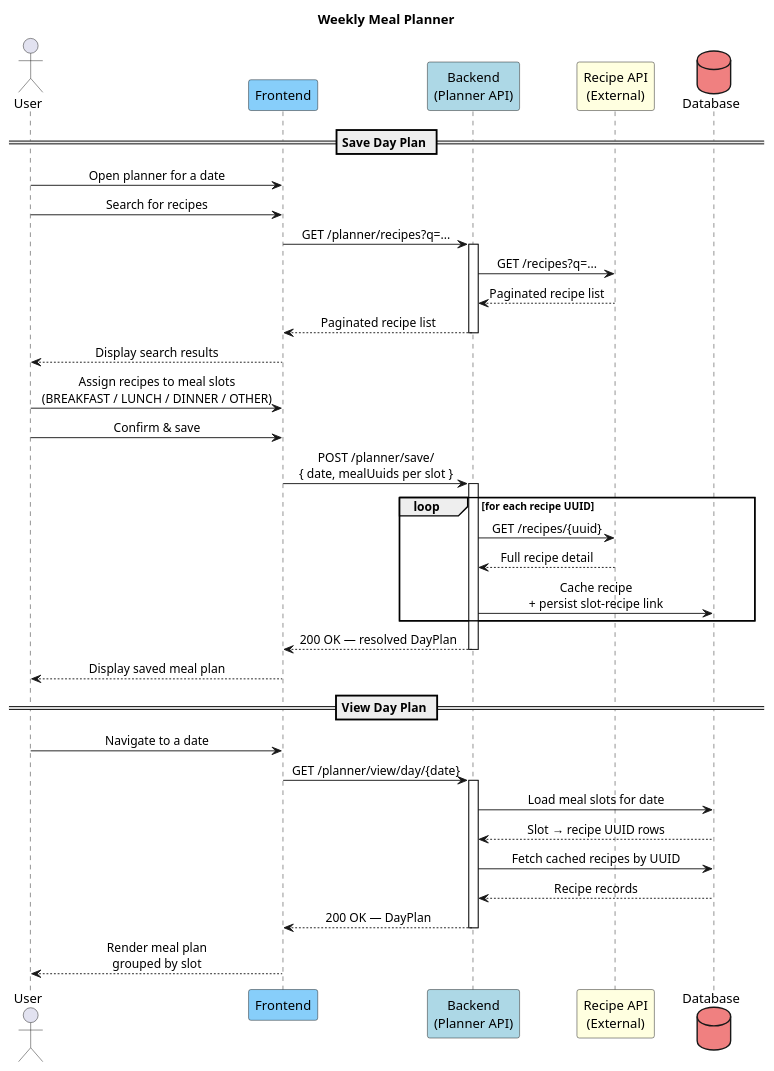
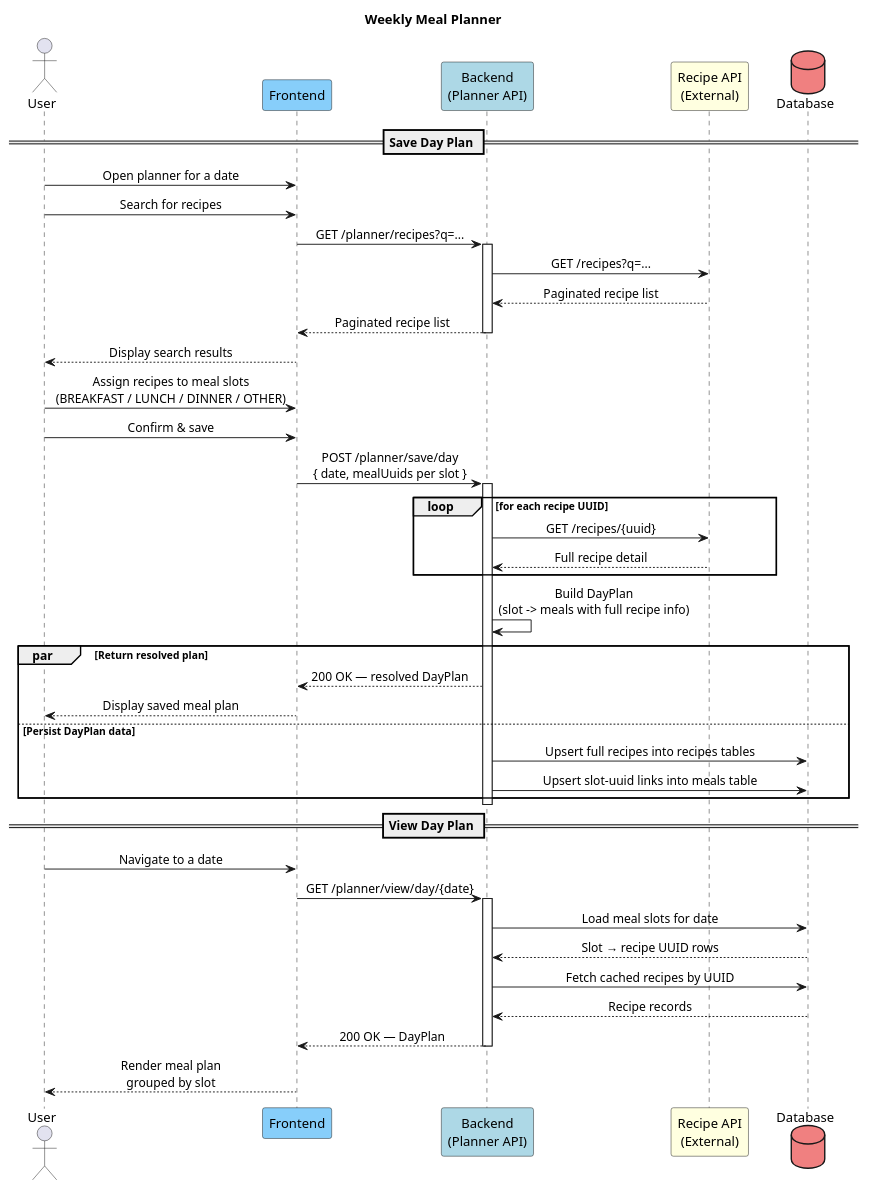
The diagram in docs/sequence-diagram.puml (jg2002-j/dat5007), drawn with PlantUML before and after one commit. The commit also changed 10 other files, not shown here.

Commit message:
Implement meal planning feature with PostgreSQL integration and recipe API support

```diff
--- a/docs/sequence-diagram.puml
+++ b/docs/sequence-diagram.puml
@@ -1,70 +1,76 @@
 @startuml
 
 title Weekly Meal Planner
 
 skinparam sequenceMessageAlign center
 skinparam responseMessageBelowArrow true
 skinparam ParticipantPadding 20
 skinparam BoxPadding 10
 
 actor       User       as user
 participant Frontend   as fe    #LightSkyBlue
 participant "Backend\n(Planner API)" as be  #LightBlue
 participant "Recipe API\n(External)" as ext #LightYellow
 database    Database   as db                #LightCoral
 
 ' ─────────────────────────────────────────────
 ' FLOW 1 — Save Day Plan
 ' ─────────────────────────────────────────────
 == Save Day Plan ==
 
 user -> fe  : Open planner for a date
 user -> fe  : Search for recipes
 
 fe  -> be   : GET /planner/recipes?q=...
 activate be
 be  -> ext  : GET /recipes?q=...
 ext --> be  : Paginated recipe list
 be  --> fe  : Paginated recipe list
 deactivate be
 
 fe  --> user : Display search results
 
 user -> fe  : Assign recipes to meal slots\n(BREAKFAST / LUNCH / DINNER / OTHER)
 user -> fe  : Confirm & save
 
-fe  -> be   : POST /planner/save/\n{ date, mealUuids per slot }
+fe  -> be   : POST /planner/save/day\n{ date, mealUuids per slot }
 activate be
 
 loop for each recipe UUID
     be  -> ext  : GET /recipes/{uuid}
     ext --> be  : Full recipe detail
-    be  -> db   : Cache recipe\n+ persist slot–recipe link
 end
 
-be  --> fe  : 200 OK — resolved DayPlan
+be  -> be   : Build DayPlan\n(slot -> meals with full recipe info)
+
+par Return resolved plan
+    be  --> fe  : 200 OK — resolved DayPlan
+    fe  --> user : Display saved meal plan
+else Persist DayPlan data
+    be  -> db   : Upsert full recipes into recipes tables
+    be  -> db   : Upsert slot-uuid links into meals table
+end
+
 deactivate be
-
-fe  --> user : Display saved meal plan
 
 ' ─────────────────────────────────────────────
 ' FLOW 2 — View Day Plan
 ' ─────────────────────────────────────────────
 == View Day Plan ==
 
 user -> fe  : Navigate to a date
 fe  -> be   : GET /planner/view/day/{date}
 activate be
 
 be  -> db   : Load meal slots for date
 db  --> be  : Slot → recipe UUID rows
 
 be  -> db   : Fetch cached recipes by UUID
 db  --> be  : Recipe records
 
 be  --> fe  : 200 OK — DayPlan
 deactivate be
 
 fe  --> user : Render meal plan\ngrouped by slot
 
 @enduml
```
